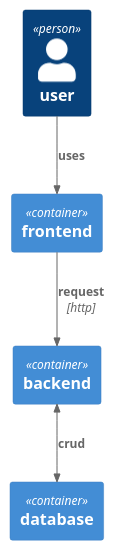
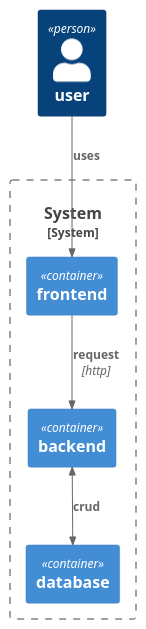
Before and after one commit to murat/drone-ci-arch-repo-test: the diagram in subfolder/test.puml, drawn with PlantUML.

Commit message:
add boundary

```diff
--- a/subfolder/test.puml
+++ b/subfolder/test.puml
@@ -1,14 +1,16 @@
 @startuml test
 
 !include https://raw.githubusercontent.com/plantuml-stdlib/C4-PlantUML/master/C4_Container.puml
 
 Person(user, "user", "")
-Container(fe, "frontend", "")
-Container(be, "backend", "")
-Container(db, "database", "")
+System_Boundary(system, "System", "") {
+    Container(fe, "frontend", "")
+    Container(be, "backend", "")
+    Container(db, "database", "")
+}
 
 Rel(user, fe, "uses")
 Rel(fe, be, "request", "http")
 BiRel(be, db, "crud")
 
 @enduml
```
